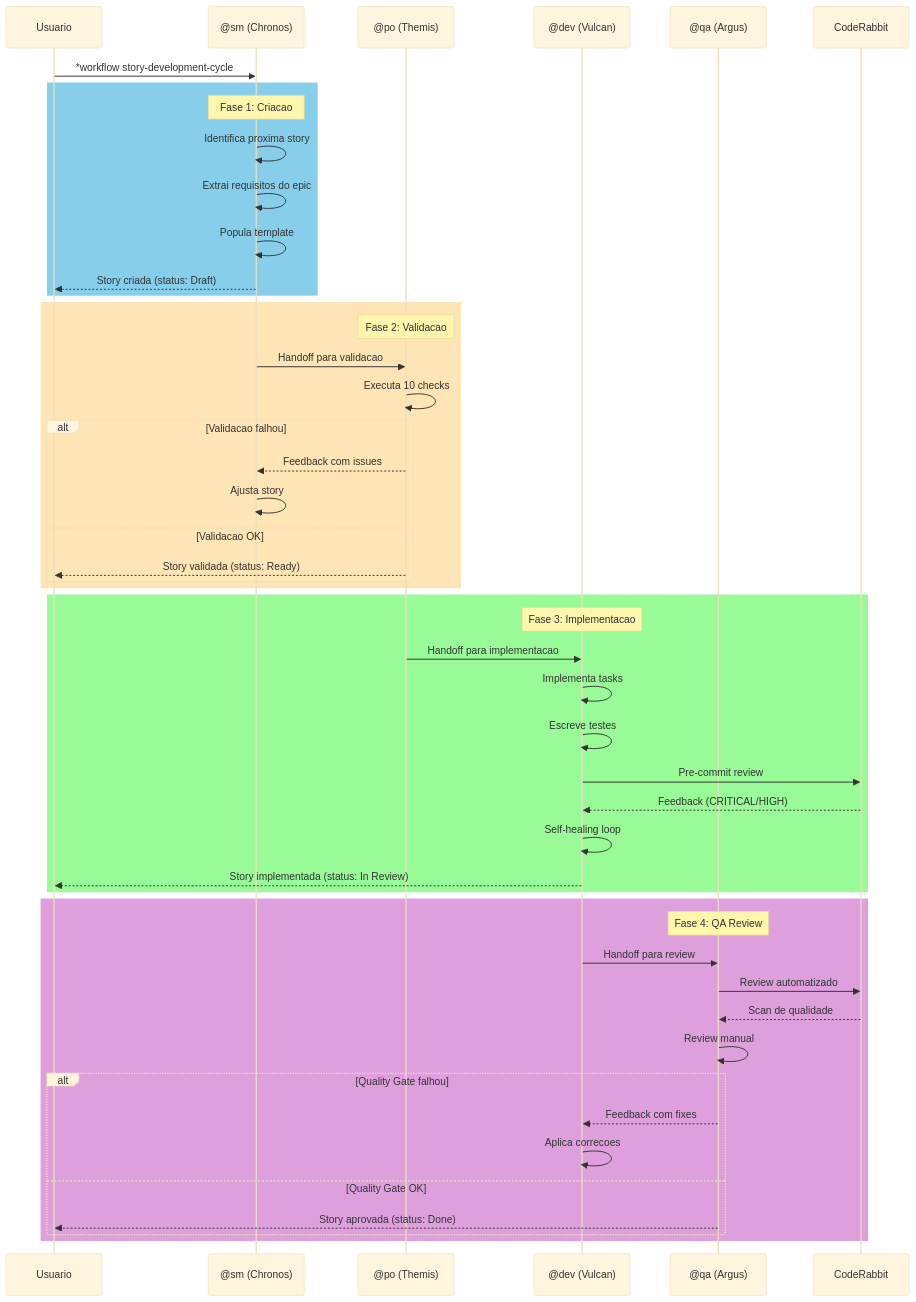
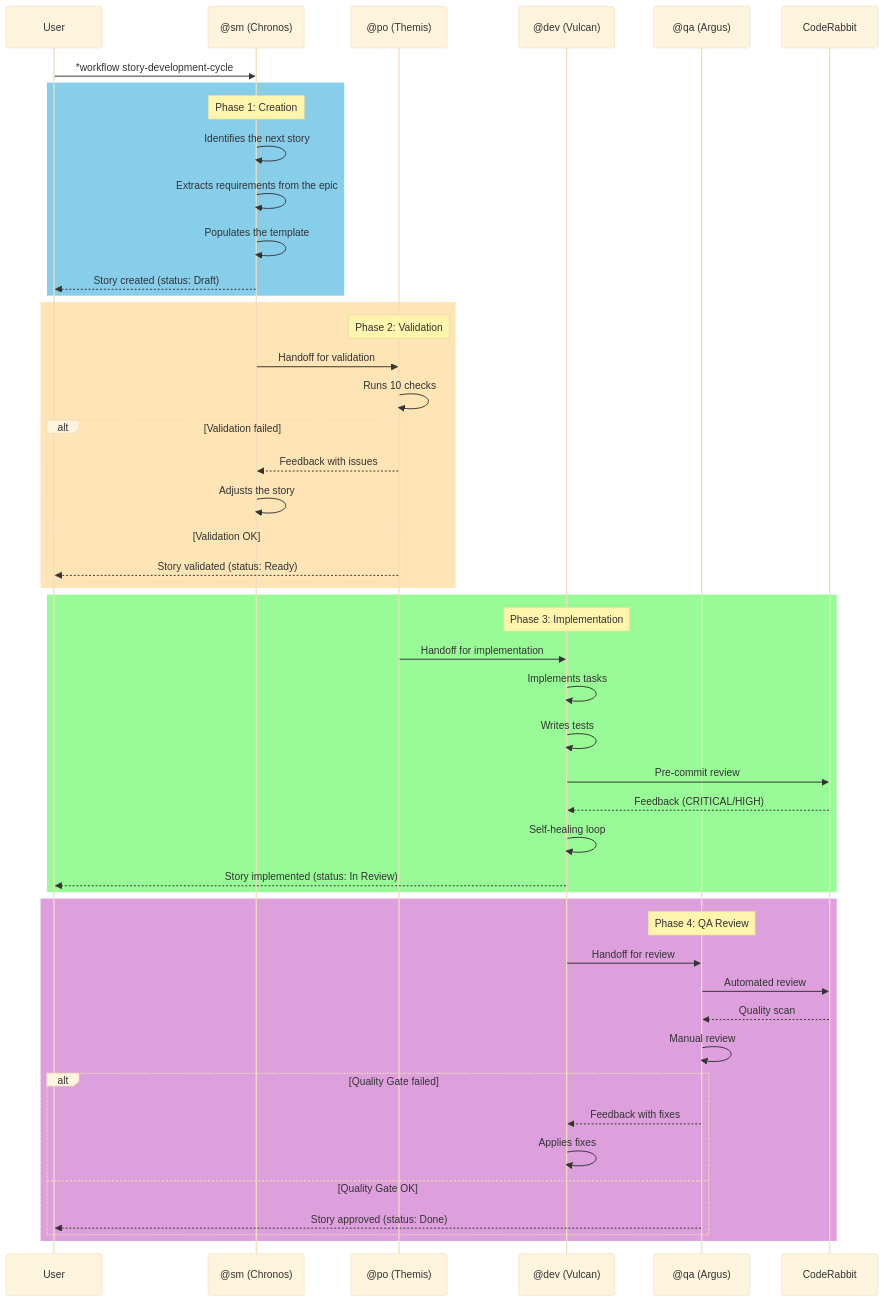
One commit to CyryxLabs/AEXOS changed the third of 7 diagrams in docs/guides/workflows/STORY-DEVELOPMENT-CYCLE-WORKFLOW.md. Above: the diagram before and after it, drawn with Mermaid (base theme). The commit also changed other lines of this file and 528 other files, not shown here.

````diff
--- a/docs/guides/workflows/STORY-DEVELOPMENT-CYCLE-WORKFLOW.md
+++ b/docs/guides/workflows/STORY-DEVELOPMENT-CYCLE-WORKFLOW.md
@@ -101,56 +101,56 @@
 ```mermaid
 sequenceDiagram
-    participant U as Usuario
+    participant U as User
     participant SM as @sm (Chronos)
     participant PO as @po (Themis)
     participant DEV as @dev (Vulcan)
     participant QA as @qa (Argus)
     participant CR as CodeRabbit
 
     U->>SM: *workflow story-development-cycle
 
     rect rgb(135, 206, 235)
-        Note over SM: Fase 1: Criacao
-        SM->>SM: Identifica proxima story
-        SM->>SM: Extrai requisitos do epic
-        SM->>SM: Popula template
-        SM-->>U: Story criada (status: Draft)
+        Note over SM: Phase 1: Creation
+        SM->>SM: Identifies the next story
+        SM->>SM: Extracts requirements from the epic
+        SM->>SM: Populates the template
+        SM-->>U: Story created (status: Draft)
     end
 
     rect rgb(255, 228, 181)
-        Note over PO: Fase 2: Validacao
-        SM->>PO: Handoff para validacao
-        PO->>PO: Executa 10 checks
-        alt Validacao falhou
-            PO-->>SM: Feedback com issues
-            SM->>SM: Ajusta story
-        else Validacao OK
-            PO-->>U: Story validada (status: Ready)
+        Note over PO: Phase 2: Validation
+        SM->>PO: Handoff for validation
+        PO->>PO: Runs 10 checks
+        alt Validation failed
+            PO-->>SM: Feedback with issues
+            SM->>SM: Adjusts the story
+        else Validation OK
+            PO-->>U: Story validated (status: Ready)
         end
     end
 
     rect rgb(152, 251, 152)
-        Note over DEV: Fase 3: Implementacao
-        PO->>DEV: Handoff para implementacao
-        DEV->>DEV: Implementa tasks
-        DEV->>DEV: Escreve testes
+        Note over DEV: Phase 3: Implementation
+        PO->>DEV: Handoff for implementation
+        DEV->>DEV: Implements tasks
+        DEV->>DEV: Writes tests
         DEV->>CR: Pre-commit review
         CR-->>DEV: Feedback (CRITICAL/HIGH)
         DEV->>DEV: Self-healing loop
-        DEV-->>U: Story implementada (status: In Review)
+        DEV-->>U: Story implemented (status: In Review)
     end
 
     rect rgb(221, 160, 221)
-        Note over QA: Fase 4: QA Review
-        DEV->>QA: Handoff para review
-        QA->>CR: Review automatizado
-        CR-->>QA: Scan de qualidade
-        QA->>QA: Review manual
-        alt Quality Gate falhou
-            QA-->>DEV: Feedback com fixes
-            DEV->>DEV: Aplica correcoes
+        Note over QA: Phase 4: QA Review
+        DEV->>QA: Handoff for review
+        QA->>CR: Automated review
+        CR-->>QA: Quality scan
+        QA->>QA: Manual review
+        alt Quality Gate failed
+            QA-->>DEV: Feedback with fixes
+            DEV->>DEV: Applies fixes
         else Quality Gate OK
-            QA-->>U: Story aprovada (status: Done)
+            QA-->>U: Story approved (status: Done)
         end
     end
 ```
````
